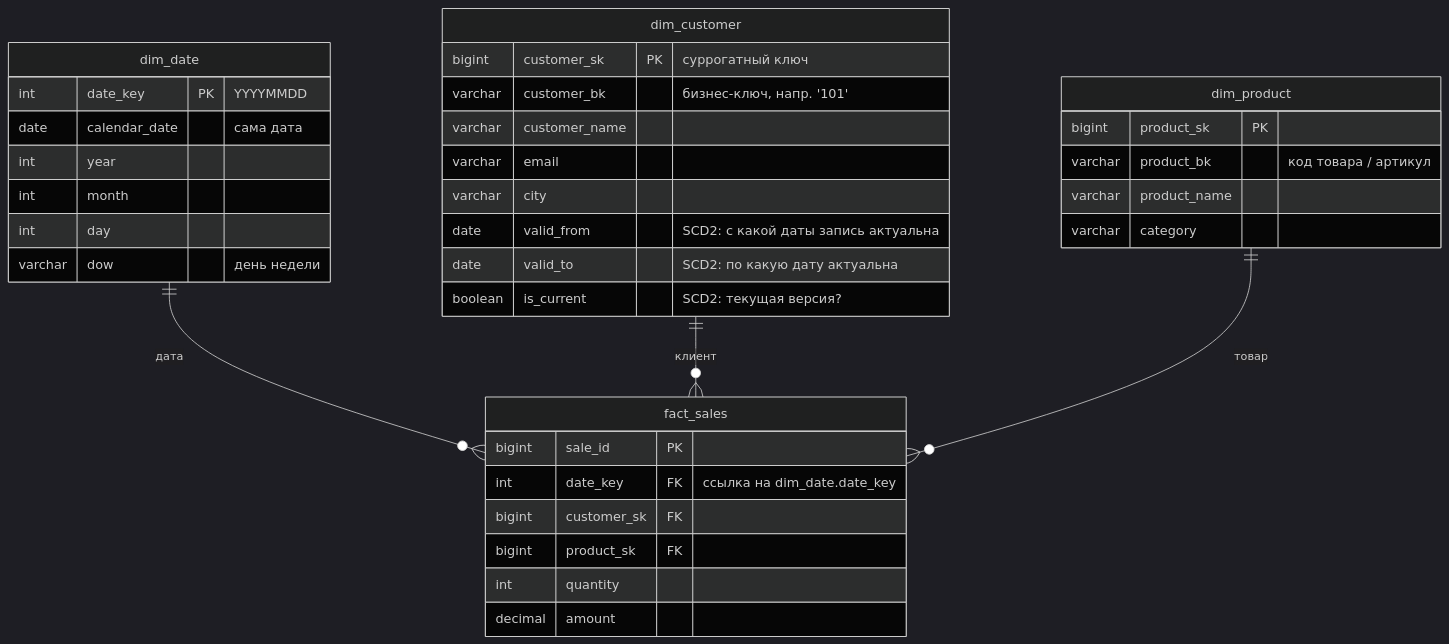
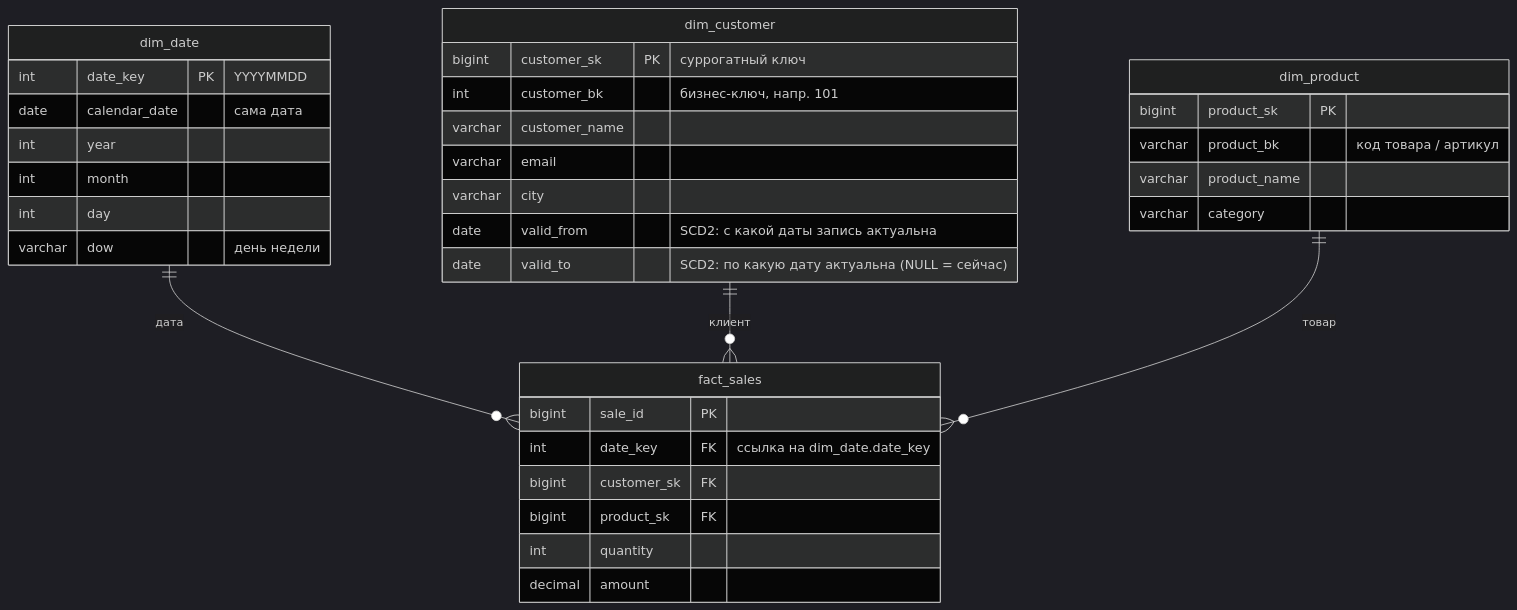
Before and after one commit to dementev-dev/de-roadmap: the second of 5 diagrams in dwh-modeling/README.md, drawn with Mermaid (dark theme). The commit also changed other lines of this file and 14 other files, not shown here.

````diff
--- a/dwh-modeling/README.md
+++ b/dwh-modeling/README.md
@@ -220,42 +220,41 @@
 ```mermaid
 erDiagram
     dim_date ||--o{ fact_sales : "дата"
     dim_customer ||--o{ fact_sales : "клиент" 
     dim_product ||--o{ fact_sales : "товар"
     
     dim_date {
         int    date_key PK        "YYYYMMDD"
         date   calendar_date      "сама дата"
         int    year
         int    month
         int    day
         varchar dow               "день недели"
     }
     
     dim_customer {
         bigint  customer_sk PK    "суррогатный ключ"
-        varchar customer_bk       "бизнес-ключ, напр. '101'"
+        int     customer_bk       "бизнес-ключ, напр. 101"
         varchar customer_name
         varchar email
         varchar city
         date    valid_from        "SCD2: с какой даты запись актуальна"
-        date    valid_to          "SCD2: по какую дату актуальна"
-        boolean is_current        "SCD2: текущая версия?"
+        date    valid_to          "SCD2: по какую дату актуальна (NULL = сейчас)"
     }
     
     dim_product {
         bigint  product_sk PK
         varchar product_bk        "код товара / артикул"
         varchar product_name
         varchar category
     }
     
     fact_sales {
         bigint  sale_id PK
         int     date_key FK       "ссылка на dim_date.date_key"
         bigint  customer_sk FK
         bigint  product_sk FK
         int     quantity
         decimal amount
     }
 ```
````
